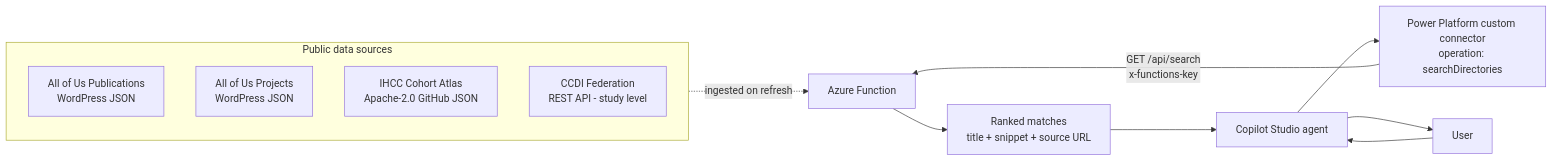
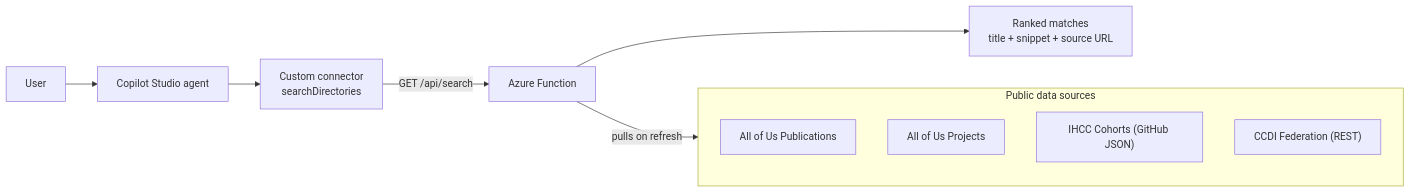
One commit to SteveCInVA/AllofUs-Agent changed the first of 5 diagrams in docs/architecture.md. Above: the diagram before and after it, drawn with Mermaid. The commit also changed other lines of this file, not shown here.

First line of the commit message:
Reduce edge crossings in architecture diagrams

````diff
--- a/docs/architecture.md
+++ b/docs/architecture.md
@@ -13,16 +13,17 @@
 ```mermaid
 flowchart LR
     U["User"] --> AG["Copilot Studio agent"]
-    AG --> CC["Power Platform custom connector<br/>operation: searchDirectories"]
-    CC -->|"GET /api/search<br/>x-functions-key"| FN["Azure Function"]
+    AG --> CC["Custom connector<br/>searchDirectories"]
+    CC -->|"GET /api/search"| FN["Azure Function"]
     FN --> RES["Ranked matches<br/>title + snippet + source URL"]
-    RES --> AG --> U
+
+    FN -->|"pulls on refresh"| SRC
 
     subgraph SRC["Public data sources"]
-      P1["All of Us Publications<br/>WordPress JSON"]
-      P2["All of Us Projects<br/>WordPress JSON"]
-      P3["IHCC Cohort Atlas<br/>Apache-2.0 GitHub JSON"]
-      P4["CCDI Federation<br/>REST API - study level"]
+      direction TB
+      P1["All of Us Publications"]
+      P2["All of Us Projects"]
+      P3["IHCC Cohorts (GitHub JSON)"]
+      P4["CCDI Federation (REST)"]
     end
-    SRC -.ingested on refresh.-> FN
 ```
````
